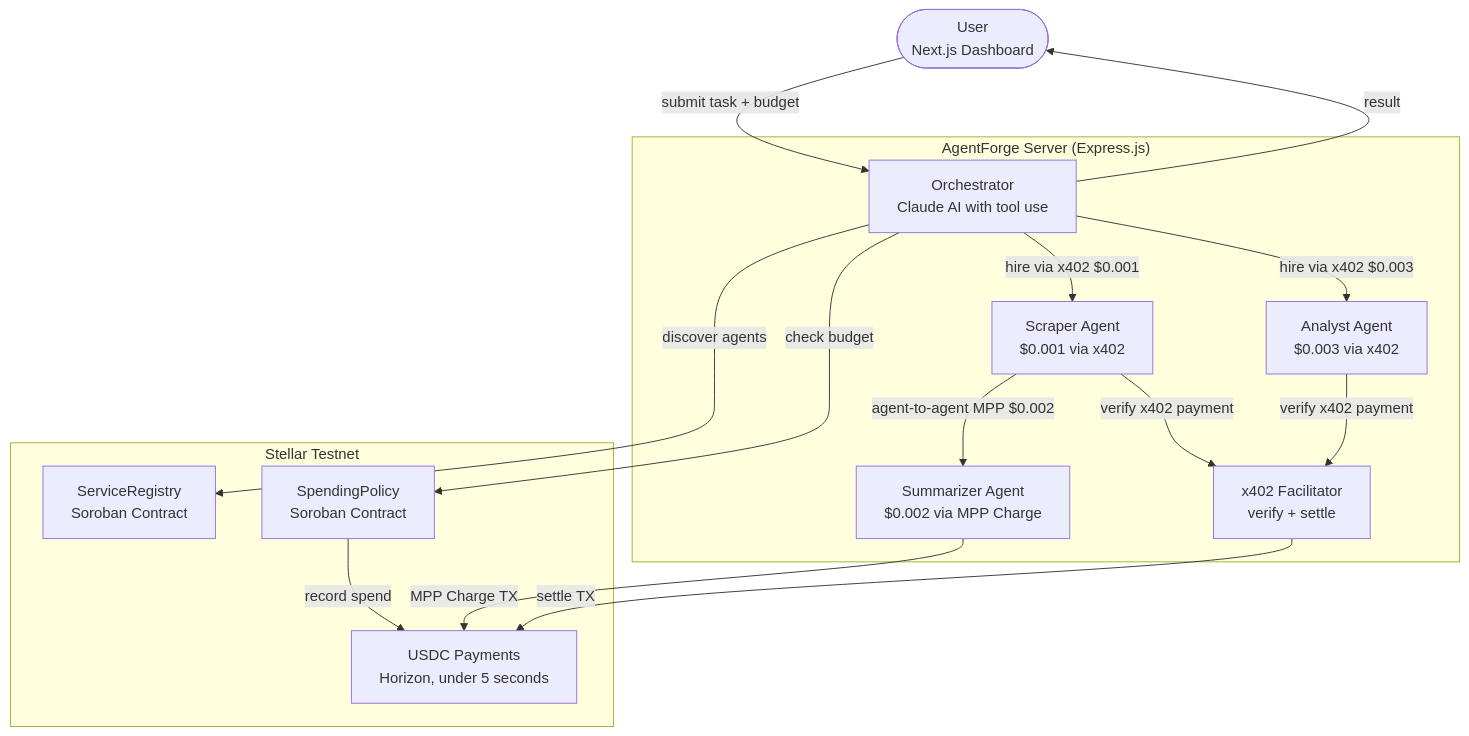
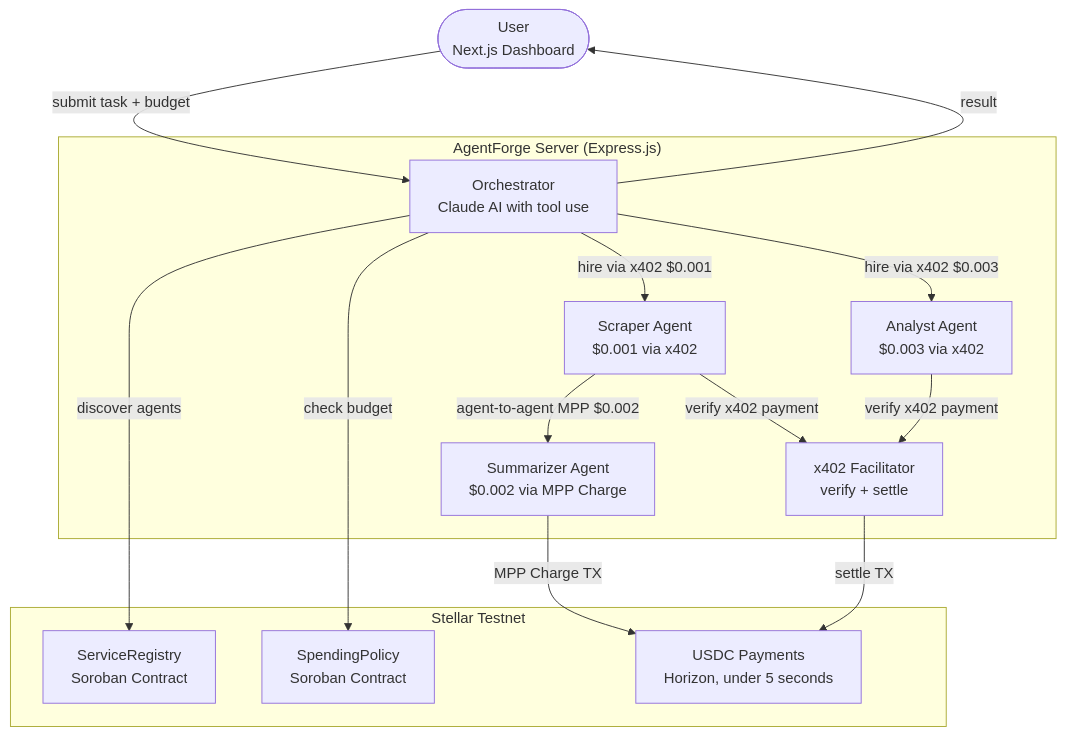
Before and after one commit to HACK3R-CRYPTO/AgentForge: the first of 3 diagrams in README.md, drawn with Mermaid. The commit also changed other lines of this file, not shown here.

````diff
--- a/README.md
+++ b/README.md
@@ -66,31 +110,30 @@
 ```mermaid
 flowchart TD
-    User(["User\nNext.js Dashboard"])
+    U(["User\nNext.js Dashboard"])
 
     subgraph Server["AgentForge Server (Express.js)"]
         Orch["Orchestrator\nClaude AI with tool use"]
         Scraper["Scraper Agent\n$0.001 via x402"]
         Summarizer["Summarizer Agent\n$0.002 via MPP Charge"]
         Analyst["Analyst Agent\n$0.003 via x402"]
         Facilitator["x402 Facilitator\nverify + settle"]
     end
 
     subgraph Stellar["Stellar Testnet"]
         Registry["ServiceRegistry\nSoroban Contract"]
         Policy["SpendingPolicy\nSoroban Contract"]
         USDC["USDC Payments\nHorizon, under 5 seconds"]
     end
 
-    User -->|"submit task + budget"| Orch
+    U -->|"submit task + budget"| Orch
     Orch -->|"discover agents"| Registry
     Orch -->|"check budget"| Policy
     Orch -->|"hire via x402 $0.001"| Scraper
     Scraper -->|"agent-to-agent MPP $0.002"| Summarizer
     Orch -->|"hire via x402 $0.003"| Analyst
     Scraper -->|"verify x402 payment"| Facilitator
     Analyst -->|"verify x402 payment"| Facilitator
     Facilitator -->|"settle TX"| USDC
     Summarizer -->|"MPP Charge TX"| USDC
-    Policy -->|"record spend"| USDC
-    Orch -->|"result"| User
+    Orch -->|"result"| U
 ```
````
